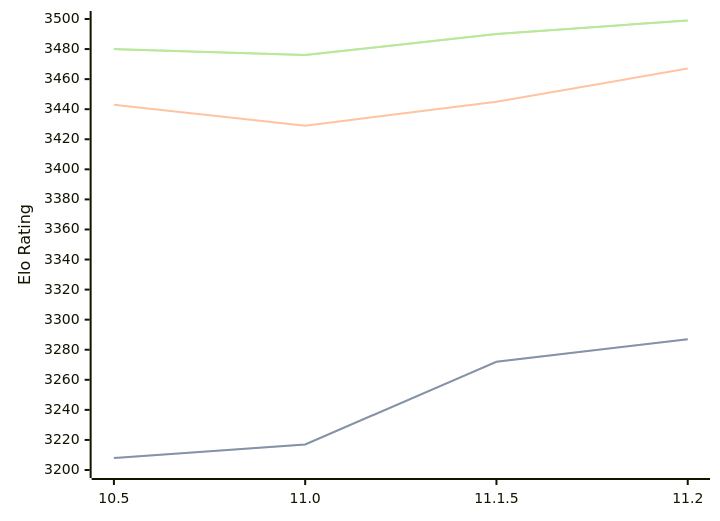
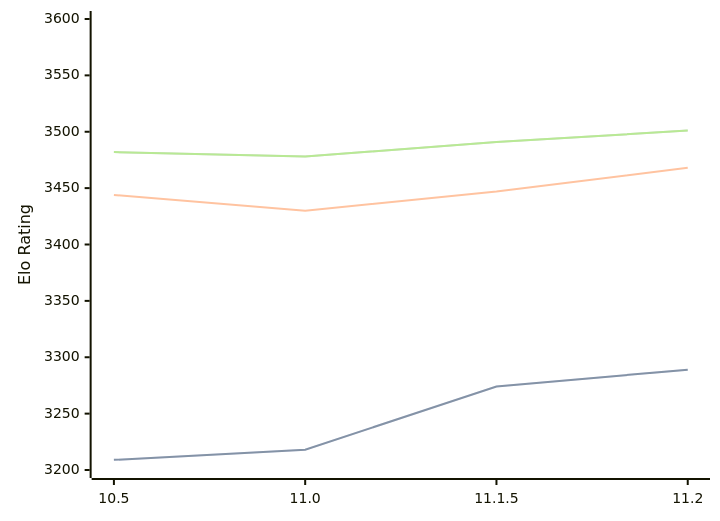
The first of 3 diagrams in engines/Lizard.md (computer-chess-index/cci), drawn with Mermaid before and after one commit. The commit also changed other lines of this file, not shown here.

Commit message:
Update CCI Ratings (ELO VLTC) - 2026-06-23

````diff
--- a/engines/Lizard.md
+++ b/engines/Lizard.md
@@ -46,11 +46,11 @@
 ```mermaid
 %%{init: {"theme":"base","themeVariables":{"seriesColors:['#a3a3a3','#222221','#faa371']}}}%%
 xychart-beta
   x-axis ["10.5", "11.0", "11.1.5", "11.2"]
-  y-axis "Elo Rating" 3200 --> 3500
-  line "STC (8.0+0.08s)" [3208, 3217, 3272, 3287]
-  line "STC (8.0+0.08s)" [3208, 3217, 3272, 3287]
-  line "LTC (60.0+0.60s)" [3443, 3429, 3445, 3467]
-  line "VLTC (2m24s+1.12s)" [3480, 3476, 3490, 3499]
-  line "VLTC (2m24s+1.12s)" [3480, 3476, 3490, 3499]
+  y-axis "Elo Rating" 3200 --> 3600
+  line "STC (8.0+0.08s)" [3209, 3218, 3274, 3289]
+  line "STC (8.0+0.08s)" [3209, 3218, 3274, 3289]
+  line "LTC (60.0+0.60s)" [3444, 3430, 3447, 3468]
+  line "VLTC (2m24s+1.12s)" [3482, 3478, 3491, 3501]
+  line "VLTC (2m24s+1.12s)" [3482, 3478, 3491, 3501]
 ```
````
